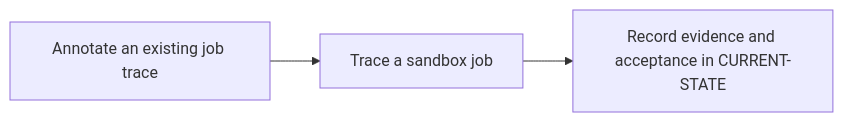
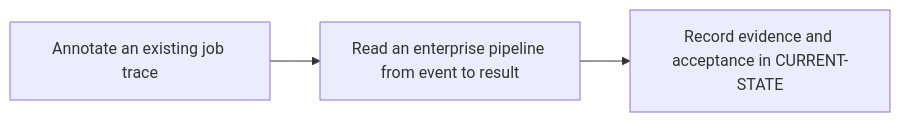
Before and after one commit to cdcdd15/git-runners-rust: the diagram in docs/roadmap/P0.md, drawn with Mermaid. The commit also changed other lines of this file and 22 other files, not shown here.

Commit message:
docs: complete P0 and adopt a knowledge-first roadmap

````diff
--- a/docs/roadmap/P0.md
+++ b/docs/roadmap/P0.md
@@ -9,5 +9,5 @@
 ```mermaid
 flowchart LR
-    Input["Annotate an existing job trace"] --> Validation["Trace a sandbox job"]
+    Input["Annotate an existing job trace"] --> Validation["Read an enterprise pipeline from event to result"]
     Validation --> Evidence["Record evidence and acceptance in CURRENT-STATE"]
 ```
````
